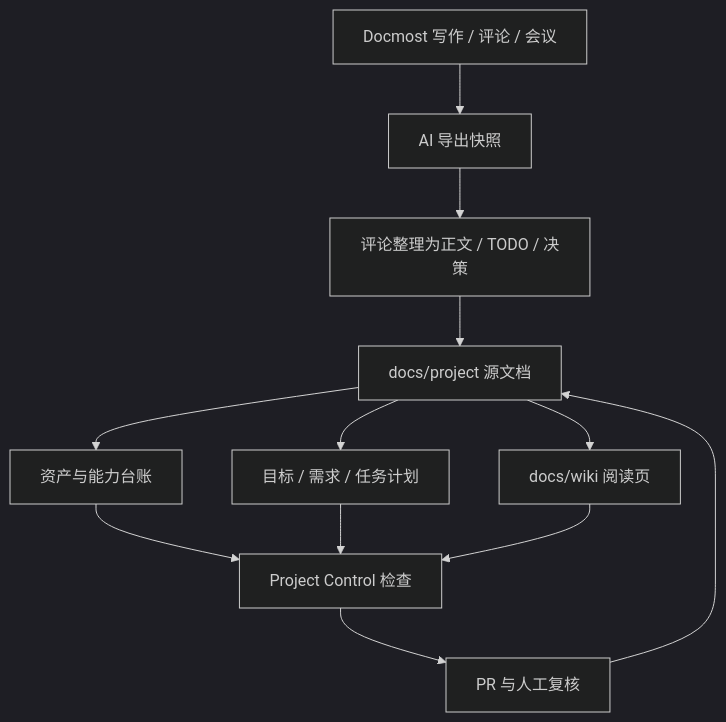
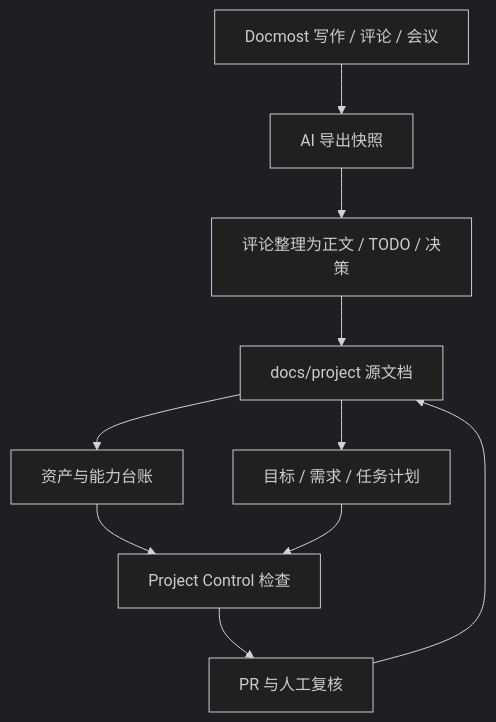
One commit to LiuZesensengsheng/PHD_DESIGN changed the diagram in project/progress/overview.md. Above: the diagram before and after it, drawn with Mermaid (dark theme). The commit also changed other lines of this file and 65 other files, not shown here.

````diff
--- a/project/progress/overview.md
+++ b/project/progress/overview.md
@@ -38,14 +38,12 @@
 ```mermaid
 flowchart TD
   A[Docmost 写作 / 评论 / 会议] --> B[AI 导出快照]
   B --> C[评论整理为正文 / TODO / 决策]
   C --> D[docs/project 源文档]
   D --> E[资产与能力台账]
   D --> P[目标 / 需求 / 任务计划]
-  D --> F[docs/wiki 阅读页]
   E --> G[Project Control 检查]
   P --> G
-  F --> G
   G --> H[PR 与人工复核]
   H --> D
 ```
````
